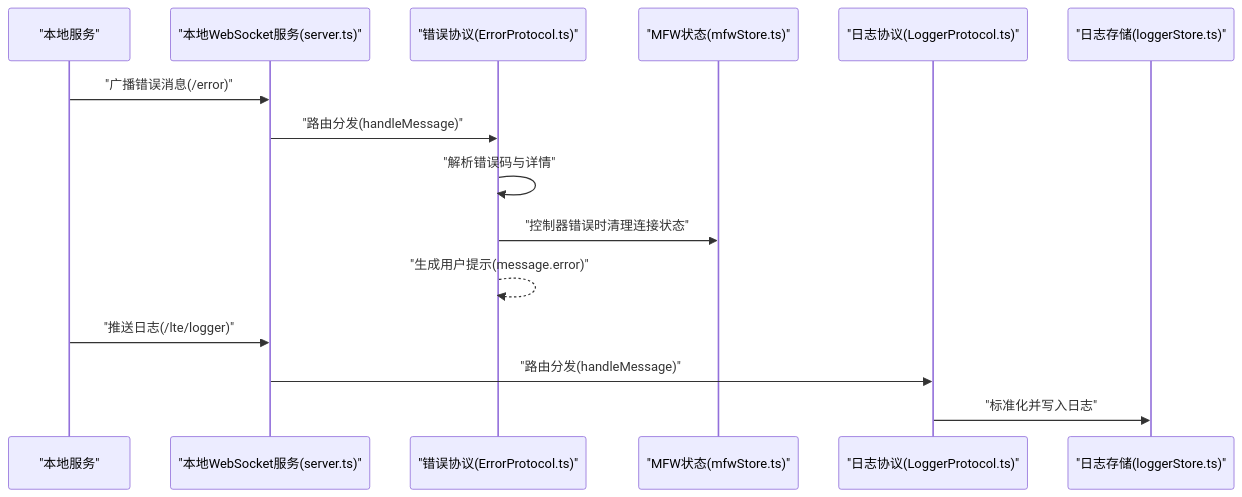
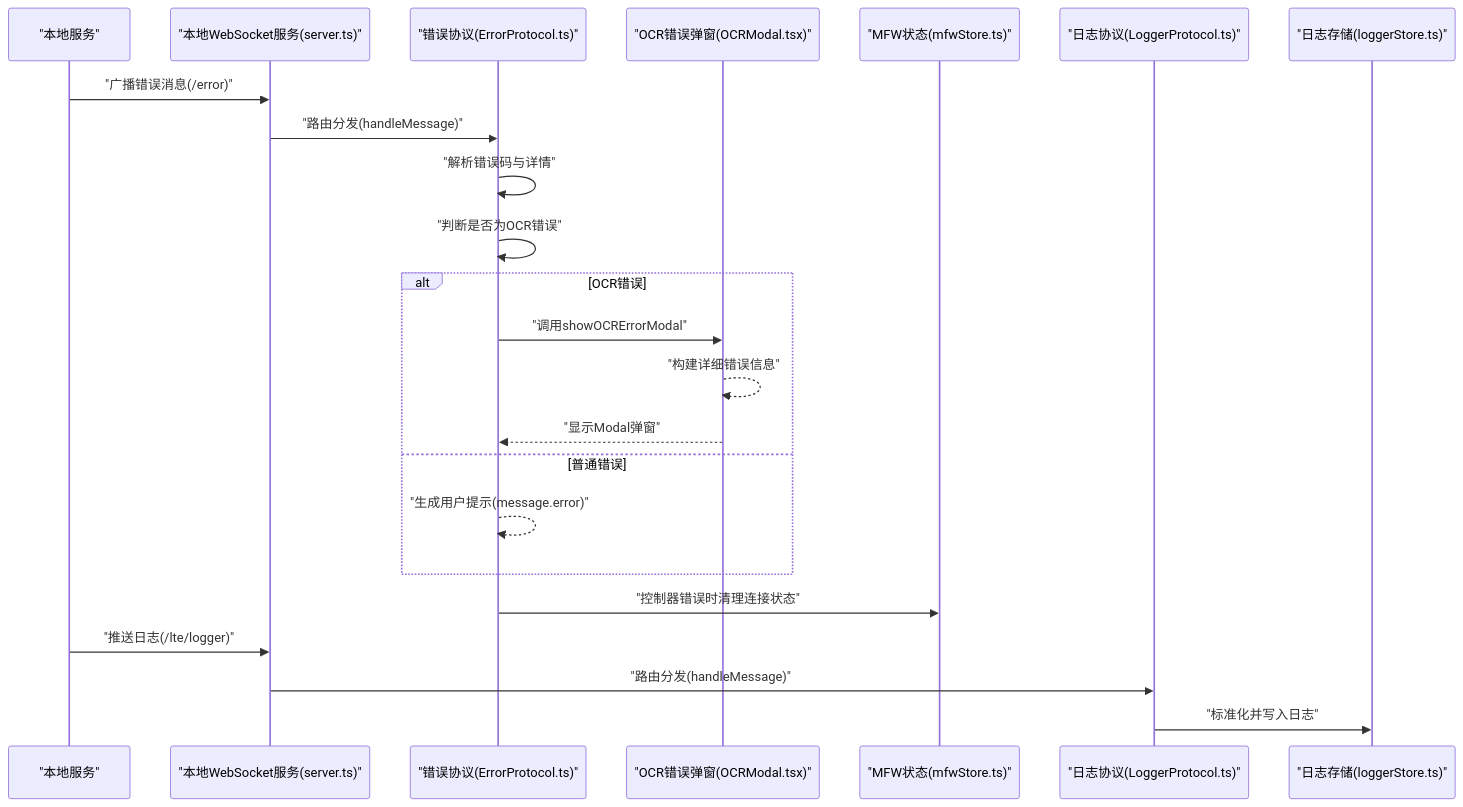
One commit to kqcoxn/MaaPipelineEditor changed the second of 4 diagrams in .qoder/repowiki/zh/content/核心概念/通信协议/错误协议.md. Above: the diagram before and after it, drawn with Mermaid. The commit also changed other lines of this file and 50 other files, not shown here.

````diff
--- a/.qoder/repowiki/zh/content/核心概念/通信协议/错误协议.md
+++ b/.qoder/repowiki/zh/content/核心概念/通信协议/错误协议.md
@@ -112,17 +130,25 @@
 ```mermaid
 sequenceDiagram
 participant LB as "本地服务"
 participant WS as "本地WebSocket服务(server.ts)"
 participant EP as "错误协议(ErrorProtocol.ts)"
+participant OM as "OCR错误弹窗(OCRModal.tsx)"
 participant MS as "MFW状态(mfwStore.ts)"
 participant LP as "日志协议(LoggerProtocol.ts)"
 participant LS as "日志存储(loggerStore.ts)"
 LB->>WS : "广播错误消息(/error)"
 WS->>EP : "路由分发(handleMessage)"
 EP->>EP : "解析错误码与详情"
+EP->>EP : "判断是否为OCR错误"
+alt OCR错误
+EP->>OM : "调用showOCRErrorModal"
+OM-->>OM : "构建详细错误信息"
+OM-->>EP : "显示Modal弹窗"
+else 普通错误
+EP-->>EP : "生成用户提示(message.error)"
+end
 EP->>MS : "控制器错误时清理连接状态"
-EP-->>EP : "生成用户提示(message.error)"
 LB->>WS : "推送日志(/lte/logger)"
 WS->>LP : "路由分发(handleMessage)"
 LP->>LS : "标准化并写入日志"
 ```
````
